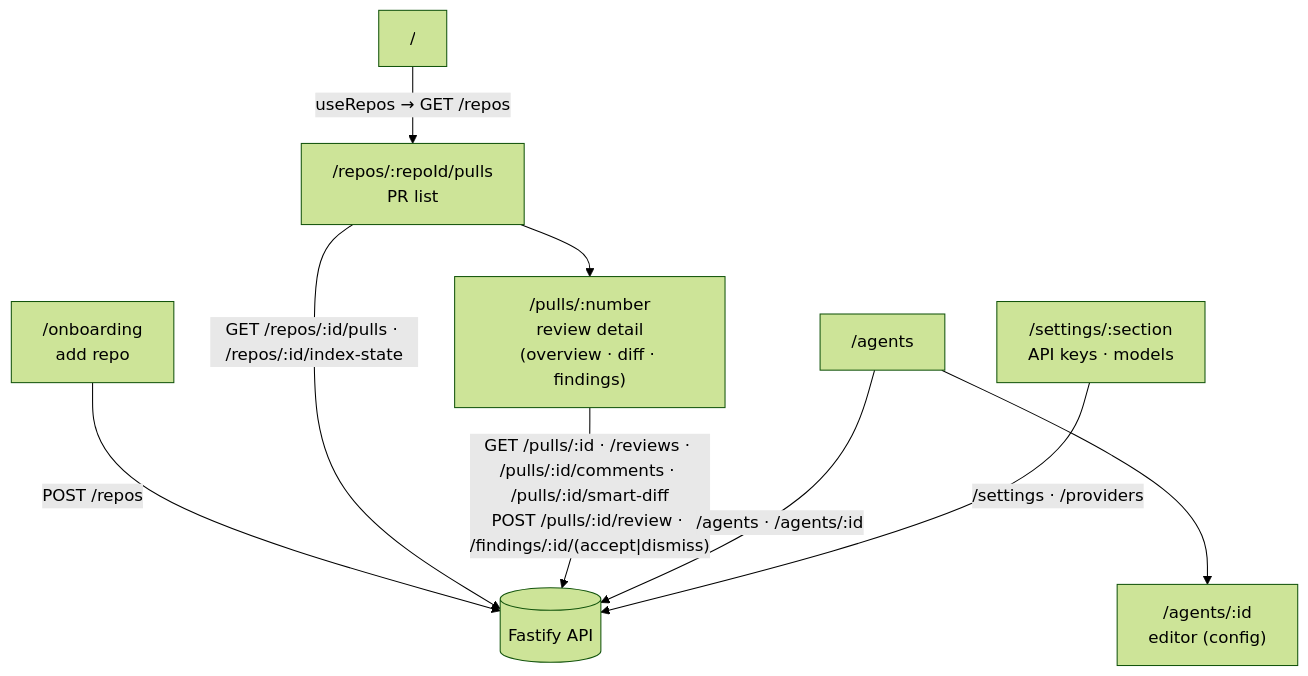
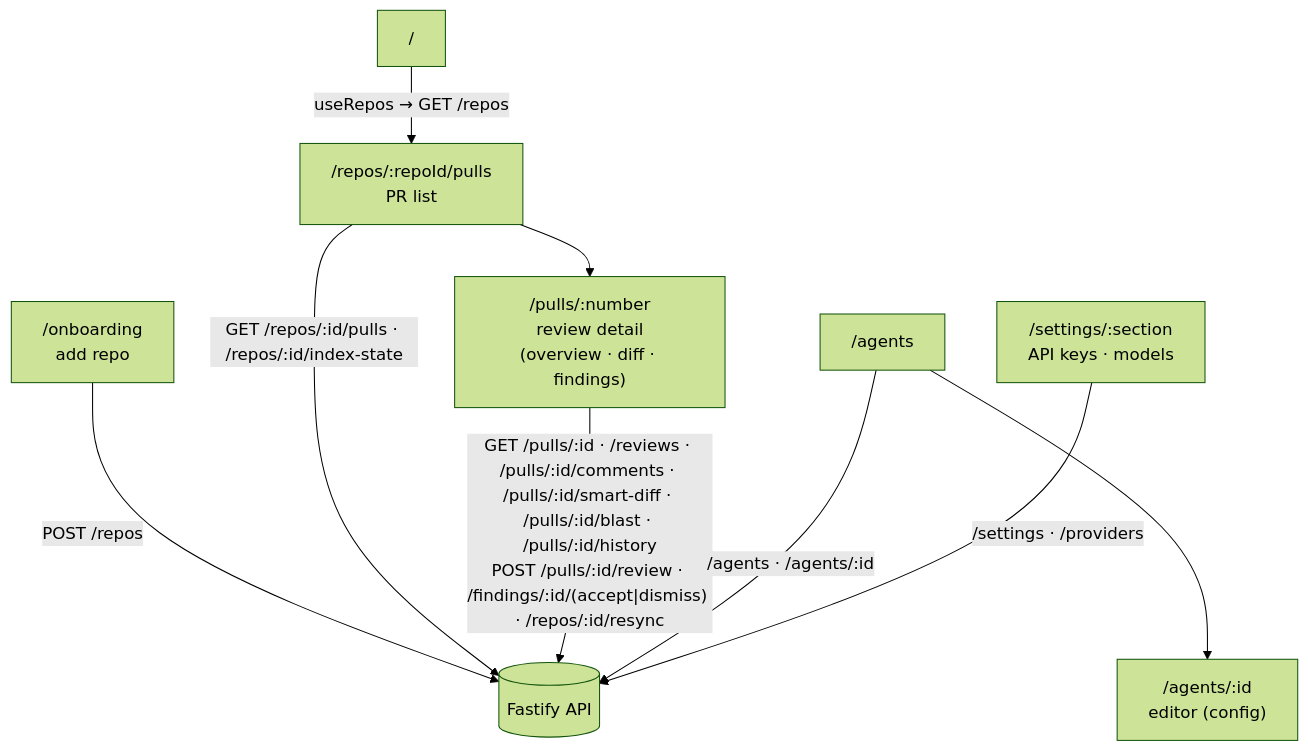
The diagram in client/README.md (Svyat90/dev-digest), drawn with Mermaid (forest theme) before and after one commit. The commit also changed 6 other files, not shown here.

````diff
--- a/client/README.md
+++ b/client/README.md
@@ -24,14 +24,14 @@
 ```mermaid
 flowchart TD
   ROOT["/"] -->|"useRepos → GET /repos"| PULLS["/repos/:repoId/pulls<br/>PR list"]
   ONB["/onboarding<br/>add repo"] -->|"POST /repos"| API[("Fastify API")]
   PULLS --> PR["/pulls/:number<br/>review detail<br/>(overview · diff · findings)"]
 
   AGENTS["/agents"] --> AGENT["/agents/:id<br/>editor (config)"]
   SETTINGS["/settings/:section<br/>API keys · models"]
 
   PULLS -->|"GET /repos/:id/pulls · /repos/:id/index-state"| API
-  PR -->|"GET /pulls/:id · /reviews · /pulls/:id/comments · /pulls/:id/smart-diff<br/>POST /pulls/:id/review · /findings/:id/(accept|dismiss)"| API
+  PR -->|"GET /pulls/:id · /reviews · /pulls/:id/comments · /pulls/:id/smart-diff · /pulls/:id/blast · /pulls/:id/history<br/>POST /pulls/:id/review · /findings/:id/(accept|dismiss) · /repos/:id/resync"| API
   AGENTS -->|"/agents · /agents/:id"| API
   SETTINGS -->|"/settings · /providers"| API
 ```
````
